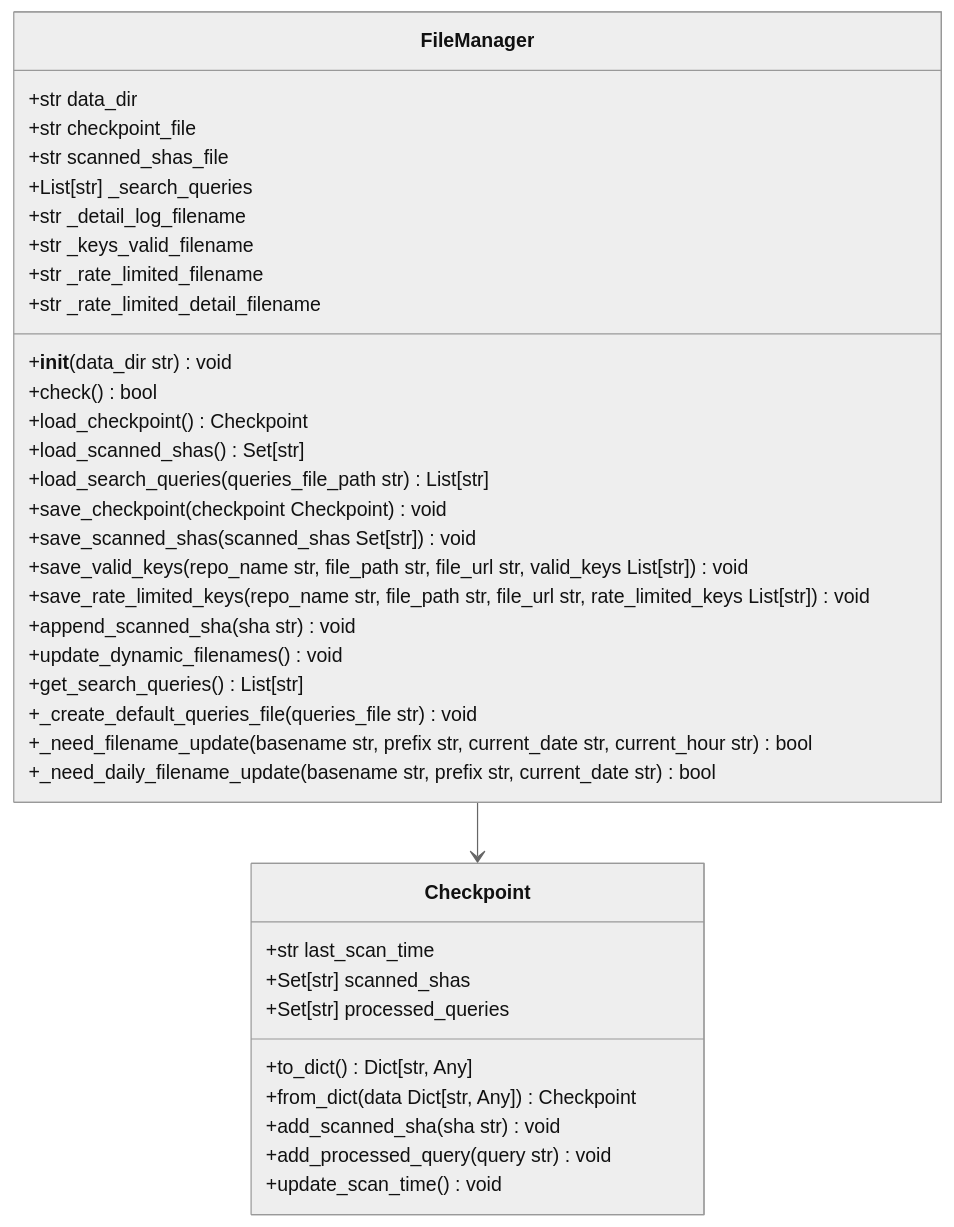
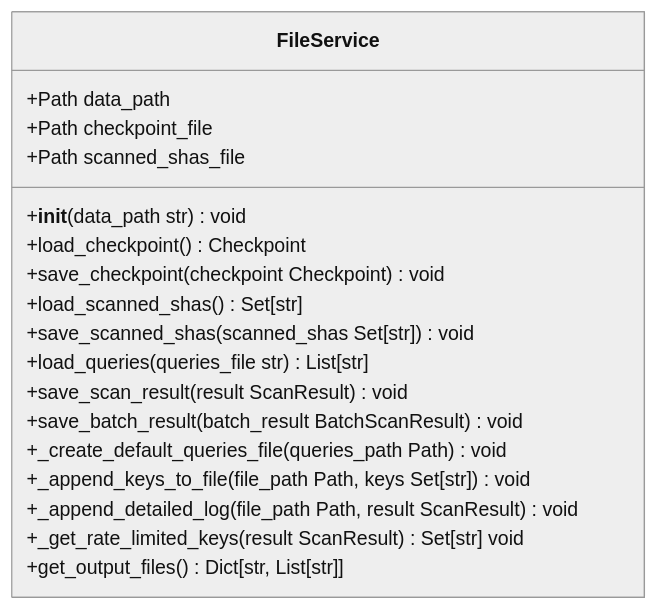
One commit to james-6-23/APIKEY-king changed the tenth of 12 diagrams in .qoder/repowiki/zh/content/开发者指南/开发者指南.md. Above: the diagram before and after it, drawn with Mermaid (neutral theme). The commit also changed other lines of this file and 49 other files, not shown here.

````diff
--- a/.qoder/repowiki/zh/content/开发者指南/开发者指南.md
+++ b/.qoder/repowiki/zh/content/开发者指南/开发者指南.md
@@ -337,39 +396,21 @@
 ```mermaid
 classDiagram
-class Checkpoint {
-+str last_scan_time
-+Set[str] scanned_shas
-+Set[str] processed_queries
-+to_dict() Dict[str, Any]
-+from_dict(data Dict[str, Any]) Checkpoint
-+add_scanned_sha(sha str) void
-+add_processed_query(query str) void
-+update_scan_time() void
+class FileService {
++Path data_path
++Path checkpoint_file
++Path scanned_shas_file
++__init__(data_path str) void
++load_checkpoint() Checkpoint
++save_checkpoint(checkpoint Checkpoint) void
++load_scanned_shas() Set[str]
++save_scanned_shas(scanned_shas Set[str]) void
++load_queries(queries_file str) List[str]
++save_scan_result(result ScanResult) void
++save_batch_result(batch_result BatchScanResult) void
++_create_default_queries_file(queries_path Path) void
++_append_keys_to_file(file_path Path, keys Set[str]) void
++_append_detailed_log(file_path Path, result ScanResult) void
++_get_rate_limited_keys(result ScanResult) Set[str] void
++get_output_files() Dict[str, List[str]]
 }
-class FileManager {
-+str data_dir
-+str checkpoint_file
-+str scanned_shas_file
-+List[str] _search_queries
-+str _detail_log_filename
-+str _keys_valid_filename
-+str _rate_limited_filename
-+str _rate_limited_detail_filename
-+__init__(data_dir str) void
-+check() bool
-+load_checkpoint() Checkpoint
-+load_scanned_shas() Set[str]
-+load_search_queries(queries_file_path str) List[str]
-+save_checkpoint(checkpoint Checkpoint) void
-+save_scanned_shas(scanned_shas Set[str]) void
-+save_valid_keys(repo_name str, file_path str, file_url str, valid_keys List[str]) void
-+save_rate_limited_keys(repo_name str, file_path str, file_url str, rate_limited_keys List[str]) void
-+append_scanned_sha(sha str) void
-+update_dynamic_filenames() void
-+get_search_queries() List[str]
-+_create_default_queries_file(queries_file str) void
-+_need_filename_update(basename str, prefix str, current_date str, current_hour str) bool
-+_need_daily_filename_update(basename str, prefix str, current_date str) bool
-}
-FileManager --> Checkpoint
 ```
````
